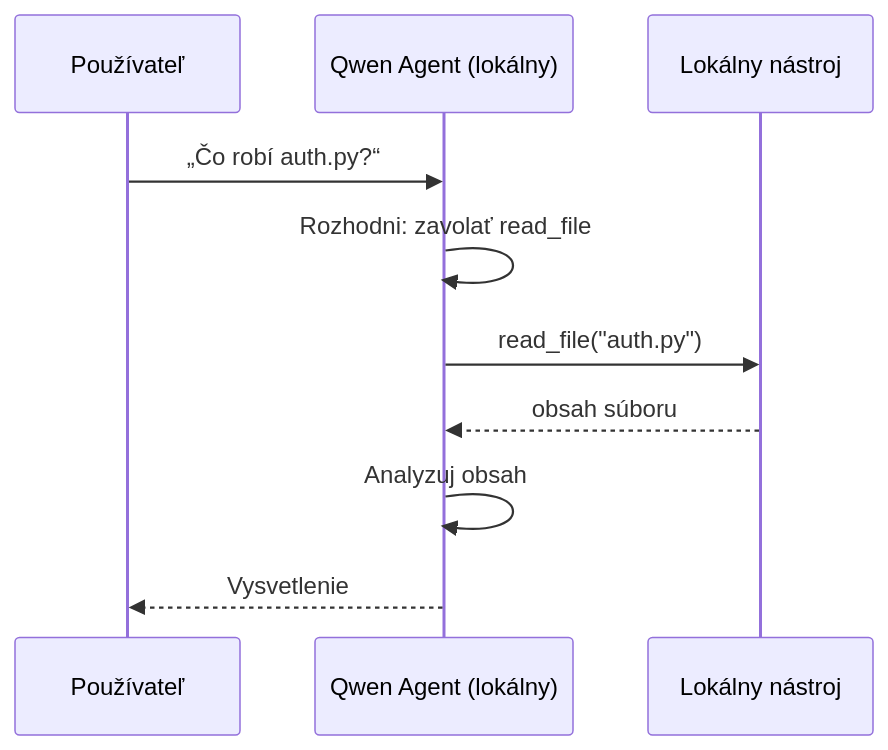
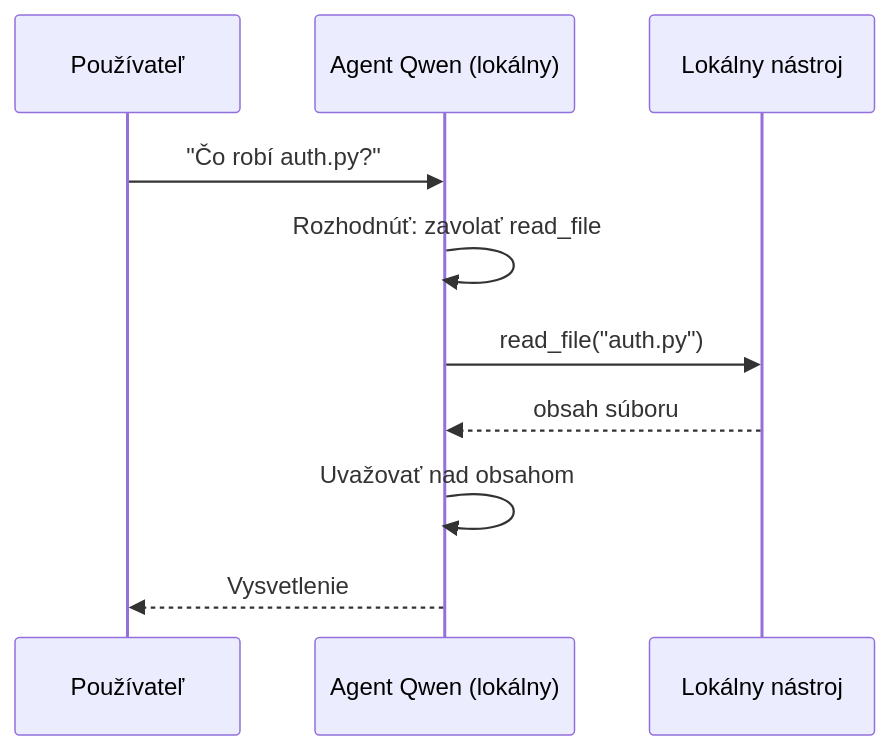
The second of 4 diagrams in mirrors/repos/microsoft@ai-agents-for-beginners/translations/sk/17-creating-local-ai-agents/README.md (gabrielmoreira/agent-skills-mirror), drawn with Mermaid before and after one commit. The commit also changed other lines of this file and 4262 other files, not shown here.

````diff
--- a/mirrors/repos/microsoft@ai-agents-for-beginners/translations/sk/17-creating-local-ai-agents/README.md
+++ b/mirrors/repos/microsoft@ai-agents-for-beginners/translations/sk/17-creating-local-ai-agents/README.md
@@ -106,12 +106,12 @@
 ```mermaid
 sequenceDiagram
     participant U as Používateľ
-    participant A as Qwen Agent (lokálny)
+    participant A as Agent Qwen (lokálny)
     participant T as Lokálny nástroj
-    U->>A: „Čo robí auth.py?“
-    A->>A: Rozhodni: zavolať read_file
+    U->>A: "Čo robí auth.py?"
+    A->>A: Rozhodnúť: zavolať read_file
     A->>T: read_file("auth.py")
     T-->>A: obsah súboru
-    A->>A: Analyzuj obsah
+    A->>A: Uvažovať nad obsahom
     A-->>U: Vysvetlenie
 ```
````
